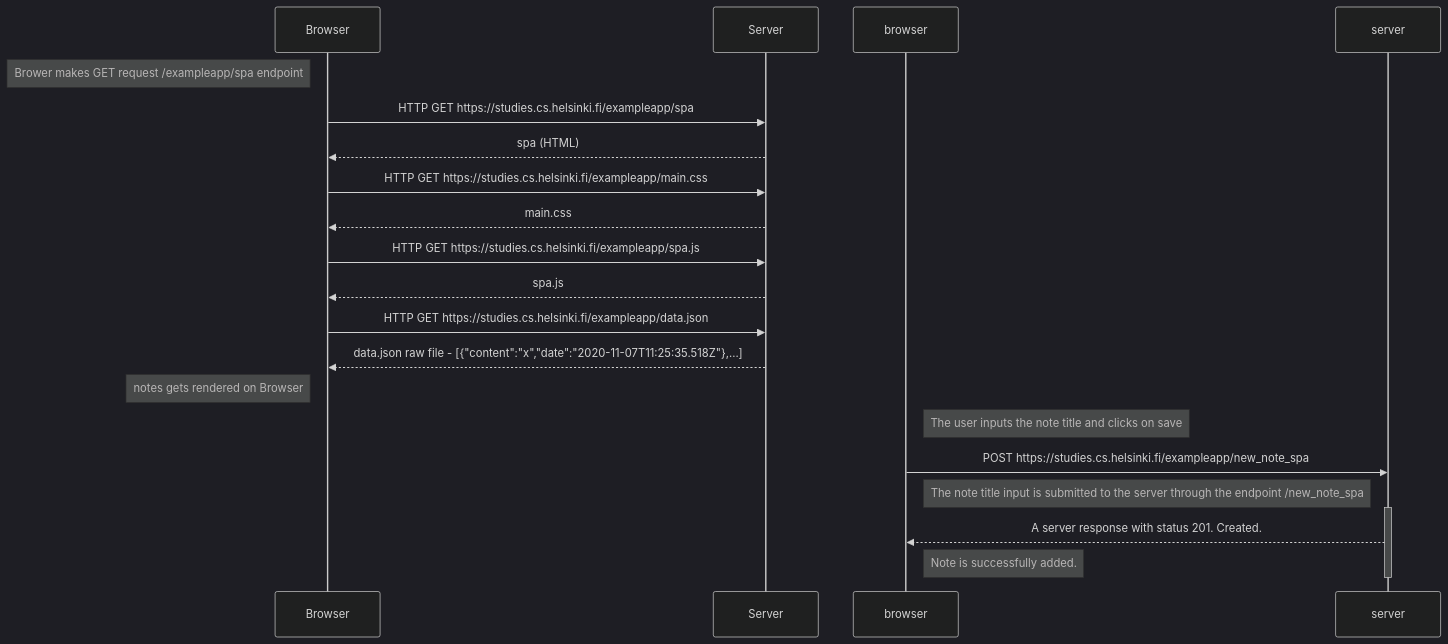
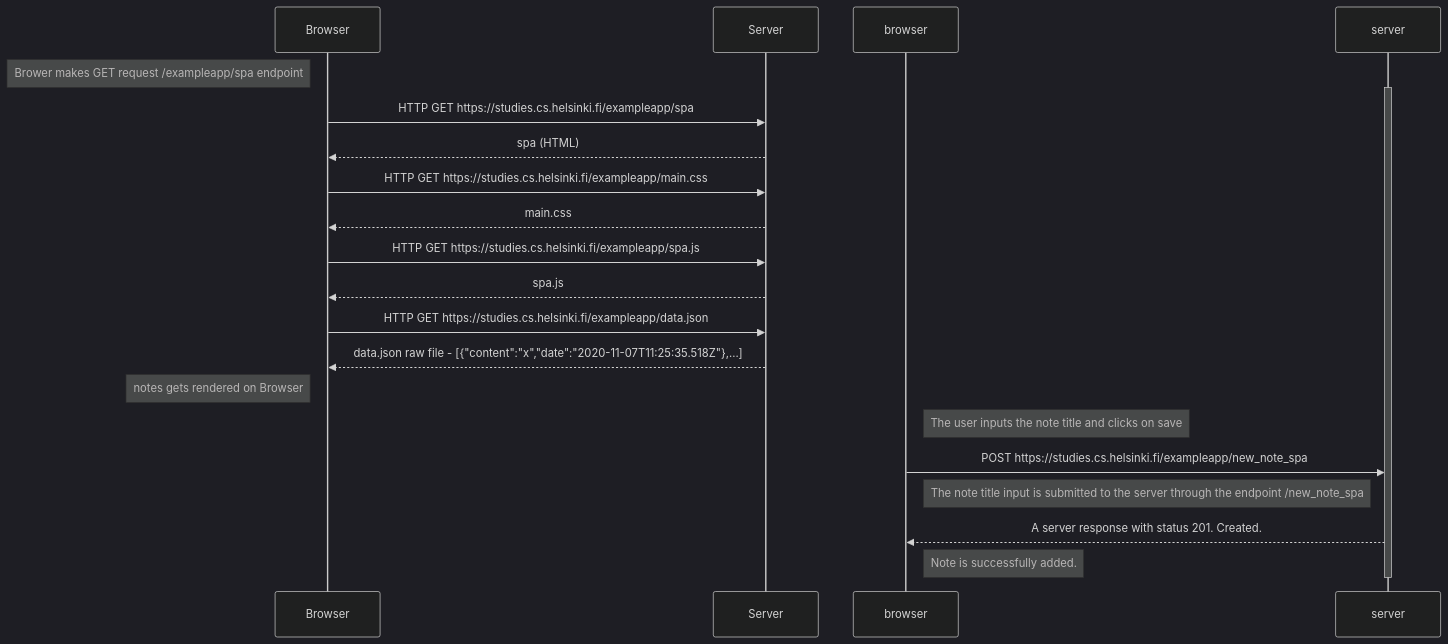
The diagram in part_0/exercise-05.md (Ifcodes/Full-Stack-Open-Ex), drawn with Mermaid (dark theme) before and after one commit.

Commit message:
exercise 04

````diff
--- a/part_0/exercise-05.md
+++ b/part_0/exercise-05.md
@@ -1,30 +1,29 @@
 ```mermaid
 sequenceDiagram
 participant Browser
 participant Server
 
 Note left of Browser: Brower makes GET request /exampleapp/spa endpoint
-
+activate server
 Browser->>Server: HTTP GET https://studies.cs.helsinki.fi/exampleapp/spa
 Server-->>Browser: spa (HTML)
 
 Browser->>Server: HTTP GET https://studies.cs.helsinki.fi/exampleapp/main.css
 Server-->>Browser: main.css
 
 Browser->>Server: HTTP GET https://studies.cs.helsinki.fi/exampleapp/spa.js
 Server-->>Browser: spa.js
 
 Browser->>Server: HTTP GET https://studies.cs.helsinki.fi/exampleapp/data.json
 Server-->>Browser: data.json raw file - [{"content":"x","date":"2020-11-07T11:25:35.518Z"},...]
 
 Note left of Browser: notes gets rendered on Browser
 
 Note right of browser: The user inputs the note title and clicks on save
 
 browser->>server: POST https://studies.cs.helsinki.fi/exampleapp/new_note_spa
 Note right of browser: The note title input is submitted to the server through the endpoint /new_note_spa
-activate server
 server-->>browser: A server response with status 201. Created.
 Note right of browser: Note is successfully added.
 deactivate server
 ```
````
